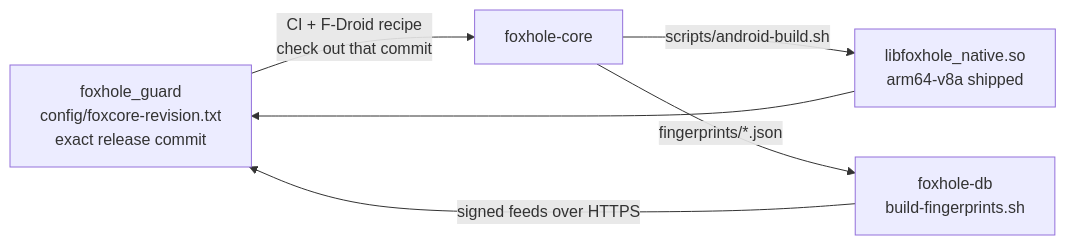
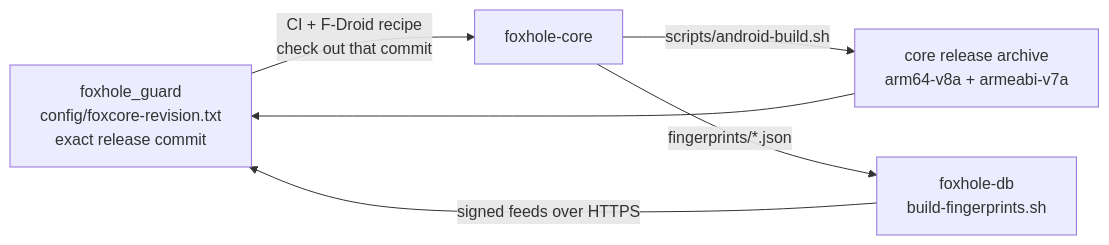
Before and after one commit to foxhole-team/foxhole-core: the second of 2 diagrams in docs/architecture/README.md, drawn with Mermaid. The commit also changed other lines of this file and 72 other files, not shown here.

Commit message:
FoxCore 0.0.3: bound the netstack and harden release builds

````diff
--- a/docs/architecture/README.md
+++ b/docs/architecture/README.md
@@ -56,8 +56,8 @@
 ```mermaid
 flowchart LR
     A["foxhole_guard<br/>config/foxcore-revision.txt<br/>exact release commit"] -->|"CI + F-Droid recipe<br/>check out that commit"| B["foxhole-core"]
-    B -->|"scripts/android-build.sh"| C["libfoxhole_native.so<br/>arm64-v8a shipped"]
+    B -->|"scripts/android-build.sh"| C["core release archive<br/>arm64-v8a + armeabi-v7a"]
     C --> A
     B -->|"fingerprints/*.json"| D["foxhole-db<br/>build-fingerprints.sh"]
     D -->|"signed feeds over HTTPS"| A
 ```
````
